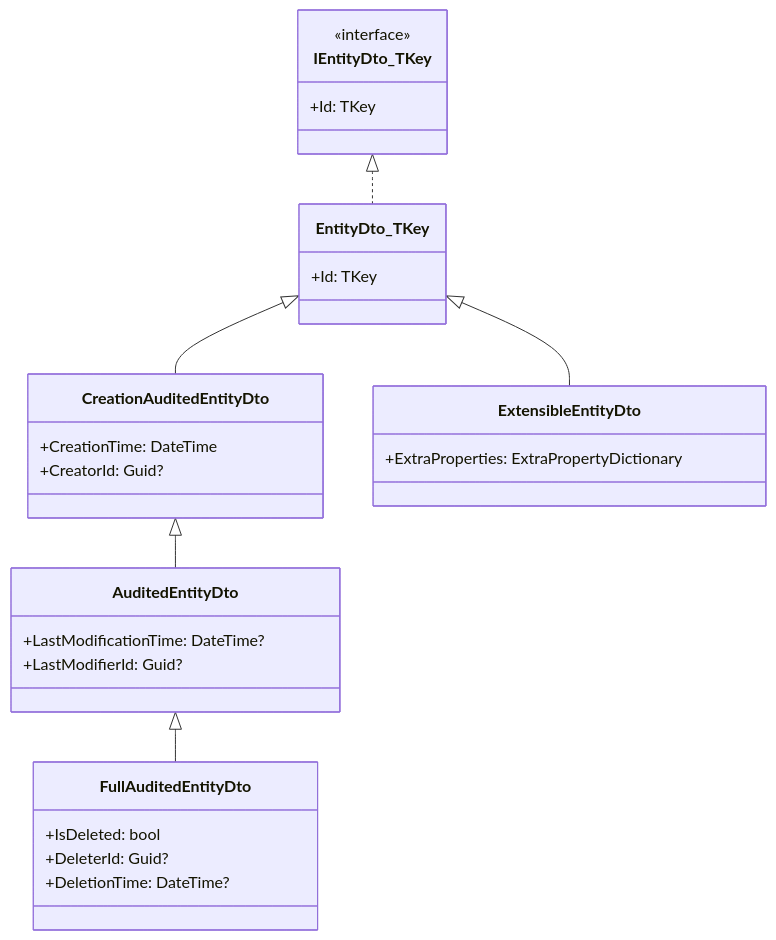
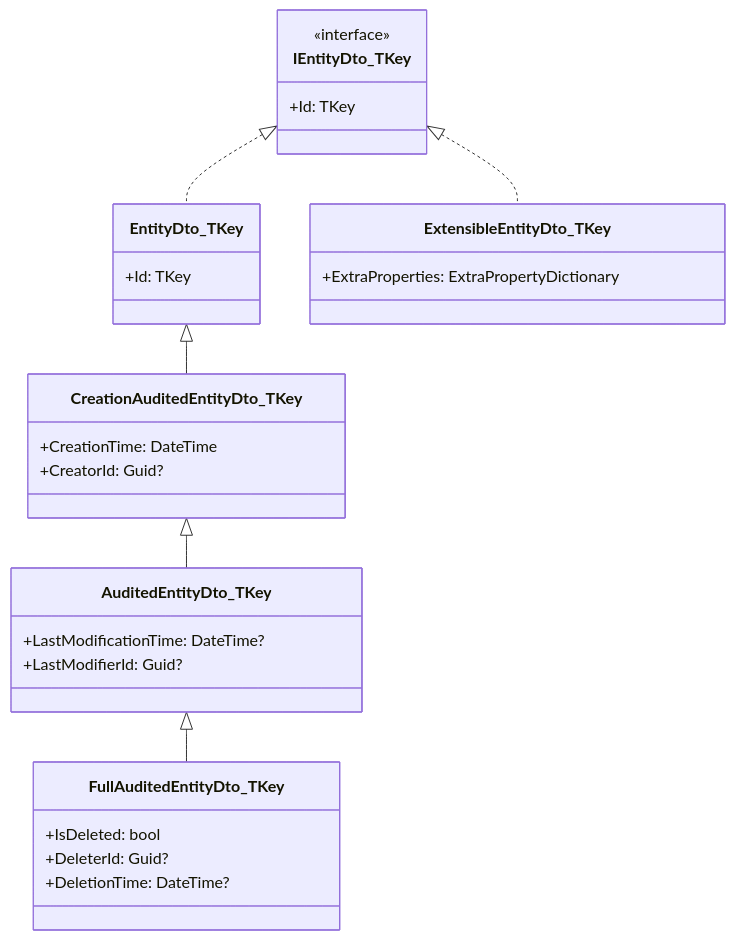
The first of 2 diagrams in ddd/application-services.mdx (mintlify-atlas/docs-wiki-a1b1ff33), drawn with Mermaid before and after one commit. The commit also changed other lines of this file and 51 other files, not shown here.

````diff
--- a/ddd/application-services.mdx
+++ b/ddd/application-services.mdx
@@ -132,33 +143,33 @@
 ```mermaid
 classDiagram
     direction TB
     class IEntityDto_TKey {
         <<interface>>
         +Id: TKey
     }
     class EntityDto_TKey {
         +Id: TKey
     }
-    class CreationAuditedEntityDto {
+    class CreationAuditedEntityDto_TKey {
         +CreationTime: DateTime
         +CreatorId: Guid?
     }
-    class AuditedEntityDto {
+    class AuditedEntityDto_TKey {
         +LastModificationTime: DateTime?
         +LastModifierId: Guid?
     }
-    class FullAuditedEntityDto {
+    class FullAuditedEntityDto_TKey {
         +IsDeleted: bool
         +DeleterId: Guid?
         +DeletionTime: DateTime?
     }
-    class ExtensibleEntityDto {
+    class ExtensibleEntityDto_TKey {
         +ExtraProperties: ExtraPropertyDictionary
     }
 
     IEntityDto_TKey <|.. EntityDto_TKey
-    EntityDto_TKey <|-- CreationAuditedEntityDto
-    CreationAuditedEntityDto <|-- AuditedEntityDto
-    AuditedEntityDto <|-- FullAuditedEntityDto
-    EntityDto_TKey <|-- ExtensibleEntityDto
+    EntityDto_TKey <|-- CreationAuditedEntityDto_TKey
+    CreationAuditedEntityDto_TKey <|-- AuditedEntityDto_TKey
+    AuditedEntityDto_TKey <|-- FullAuditedEntityDto_TKey
+    IEntityDto_TKey <|.. ExtensibleEntityDto_TKey
 ```
````
